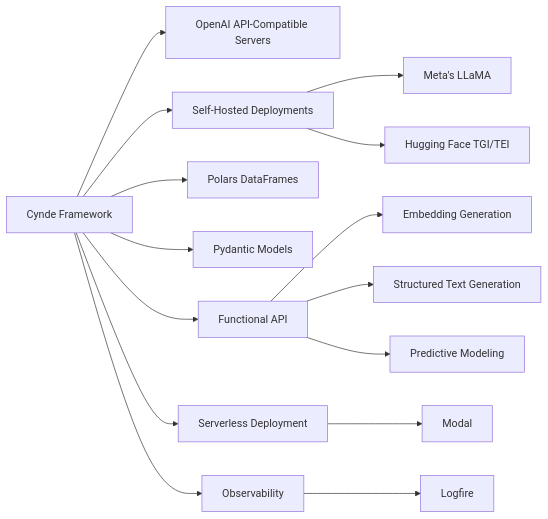
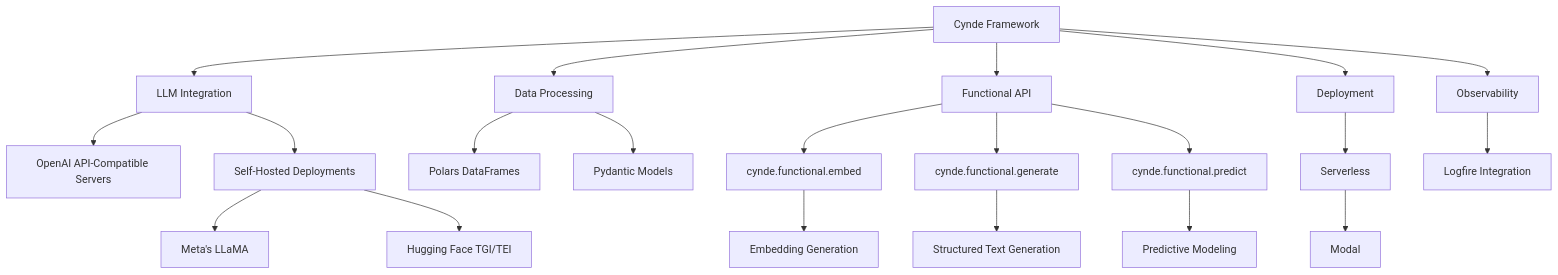
The diagram in drawings.md (Neural-Dragon-AI/Cynde), drawn with Mermaid before and after one commit. The commit also changed other lines of this file, not shown here.

````diff
--- a/drawings.md
+++ b/drawings.md
@@ -2,17 +3,27 @@
 ```mermaid
-graph LR
-    A[Cynde Framework] --> B[OpenAI API-Compatible Servers]
-    A --> C[Self-Hosted Deployments]
-    C --> D[Meta's LLaMA]
-    C --> E[Hugging Face TGI/TEI]
-    A --> F[Polars DataFrames]
-    A --> G[Pydantic Models]
-    A --> H[Functional API]
-    H --> I[Embedding Generation]
-    H --> J[Structured Text Generation]
-    H --> K[Predictive Modeling]
-    A --> L[Serverless Deployment]
-    L --> M[Modal]
-    A --> N[Observability]
-    N --> O[Logfire]
+graph TD
+    A[Cynde Framework] --> B[LLM Integration]
+    B --> C[OpenAI API-Compatible Servers]
+    B --> D[Self-Hosted Deployments]
+    D --> E[Meta's LLaMA]
+    D --> F[Hugging Face TGI/TEI]
+    
+    A --> G[Data Processing]
+    G --> H[Polars DataFrames]
+    G --> I[Pydantic Models]
+    
+    A --> J[Functional API]
+    J --> K[cynde.functional.embed]
+    K --> L[Embedding Generation]
+    J --> M[cynde.functional.generate]
+    M --> N[Structured Text Generation]
+    J --> O[cynde.functional.predict]
+    O --> P[Predictive Modeling]
+    
+    A --> Q[Deployment]
+    Q --> R[Serverless]
+    R --> S[Modal]
+    
+    A --> T[Observability]
+    T --> U[Logfire Integration]
 ```
````
